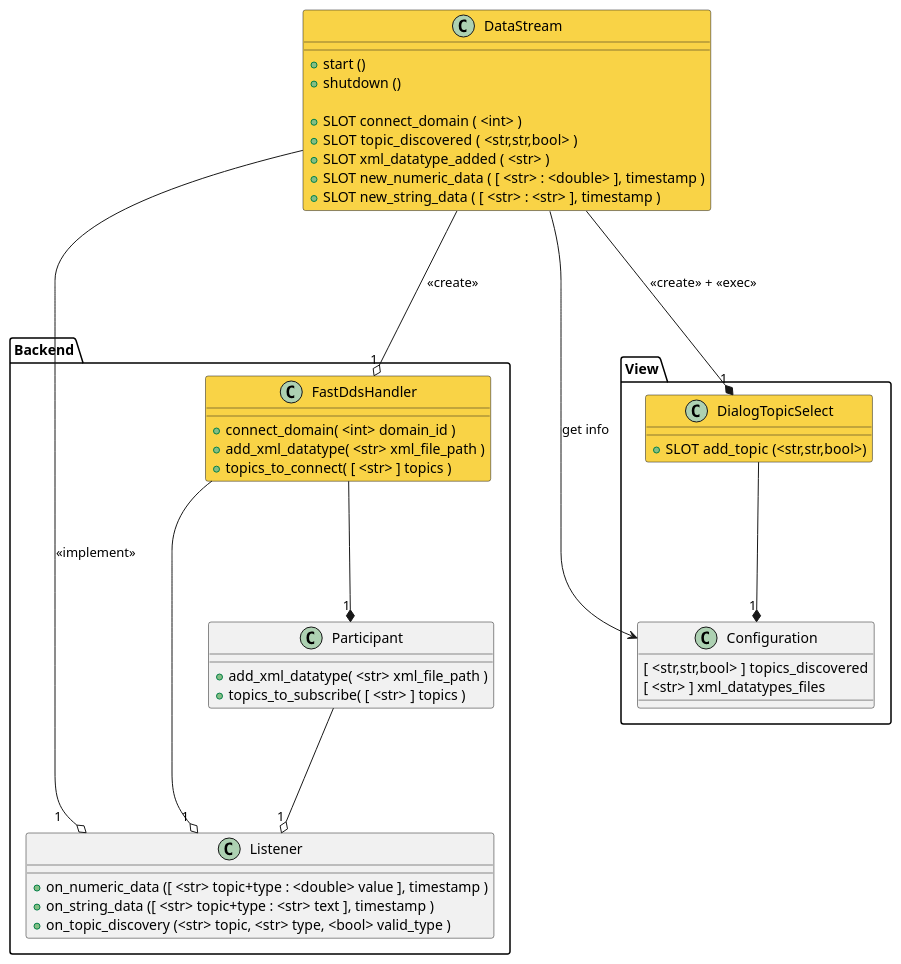
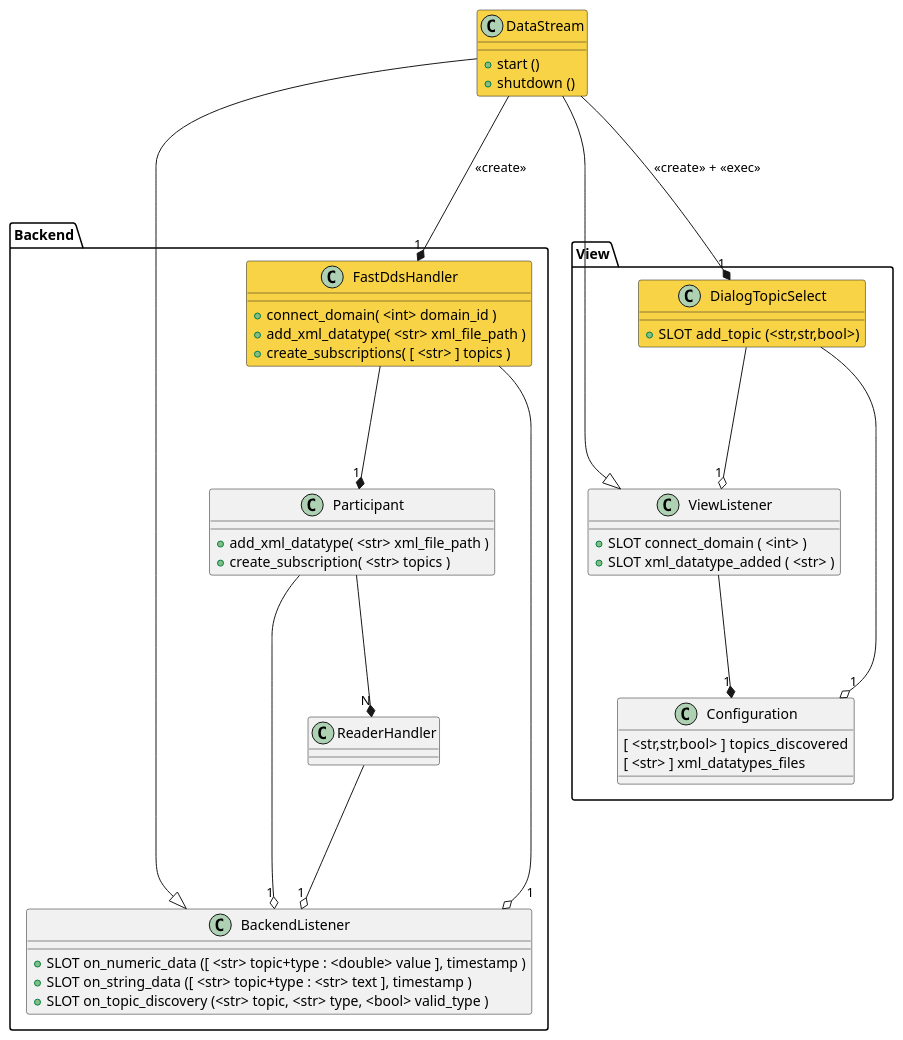
Before and after one commit to eProsima/fastdds-visualizer-plugin: the diagram in .dev/design/datastream.plantuml, drawn with PlantUML. The commit also changed 20 other files, not shown here.

```diff
--- a/.dev/design/datastream.plantuml
+++ b/.dev/design/datastream.plantuml
@@ -2,88 +2,102 @@
 @startuml
 
 ' ---------------------------------------------------------
 
 package Backend
 {
 
-class Listener
+class BackendListener
 {
-    + on_numeric_data ([ <str> topic+type : <double> value ], timestamp )
-    + on_string_data ([ <str> topic+type : <str> text ], timestamp )
-    + on_topic_discovery (<str> topic, <str> type, <bool> valid_type )
+    + SLOT on_numeric_data ([ <str> topic+type : <double> value ], timestamp )
+    + SLOT on_string_data ([ <str> topic+type : <str> text ], timestamp )
+    + SLOT on_topic_discovery (<str> topic, <str> type, <bool> valid_type )
 }
+
+' ---------------------------------------------------------
+
+class ReaderHandler
+{
+}
+
+ReaderHandler  ---o  "1"  BackendListener
 
 ' ---------------------------------------------------------
 
 class Participant
 {
     + add_xml_datatype( <str> xml_file_path )
-    + topics_to_subscribe( [ <str> ] topics )
+    + create_subscription( <str> topics )
 }
 
-Participant  ---o  "1"  Listener
+Participant  ---o  "1"  BackendListener
+Participant  ---*  "N"  ReaderHandler
 
 ' ---------------------------------------------------------
 
 class FastDdsHandler  #f9d346
 {
     + connect_domain( <int> domain_id )
     + add_xml_datatype( <str> xml_file_path )
-    + topics_to_connect( [ <str> ] topics )
+    + create_subscriptions( [ <str> ] topics )
 }
 
-' There will be only one FastDdsHandler, but Listener is not forced to
+' There will be only one FastDdsHandler, but BackendListener is not forced to
 ' belong to only one of them
-FastDdsHandler  ---o  "1"  Listener
+FastDdsHandler  ---o  "1"  BackendListener
 ' This may change in the future if multiple domains want to be shown at the same time
 FastDdsHandler  ---*  "1"  Participant
 
 }
 ' package Backend
 
 ' ---------------------------------------------------------
 ' ---------------------------------------------------------
 
 package View
 {
 
 ' ---------------------------------------------------------
 
 class Configuration
 {
     [ <str,str,bool> ] topics_discovered
     [ <str> ] xml_datatypes_files
 }
 
 ' ---------------------------------------------------------
 
+class ViewListener
+{
+    + SLOT connect_domain ( <int> )
+    + SLOT xml_datatype_added ( <str> )
+}
+
+ViewListener  ---*  "1"  Configuration
+
+' ---------------------------------------------------------
+
 class DialogTopicSelect  #f9d346
 {
     + SLOT add_topic (<str,str,bool>)
 }
 
-DialogTopicSelect  ---*  "1"  Configuration
+DialogTopicSelect  ---o  "1"  ViewListener
+DialogTopicSelect  ---o  "1"  Configuration
 
 }
 ' package Backend
 
 ' ---------------------------------------------------------
 
 class DataStream  #f9d346
 {
     + start ()
     + shutdown ()
-
-    + SLOT connect_domain ( <int> )
-    + SLOT topic_discovered ( <str,str,bool> )
-    + SLOT xml_datatype_added ( <str> )
-    + SLOT new_numeric_data ( [ <str> : <double> ], timestamp )
-    + SLOT new_string_data ( [ <str> : <str> ], timestamp )
 }
 
-DataStream  ---o  "1"  Listener : <<implement>>
-DataStream  ---o  "1"  FastDdsHandler : <<create>>
-DataStream  --->  Configuration : get info
+DataStream  --|>  BackendListener
+DataStream  --|>  ViewListener
+DataStream  ---*  "1"  FastDdsHandler : <<create>>
 DataStream  ---*  "1"  DialogTopicSelect : <<create>> + <<exec>>
 
 @enduml
```
